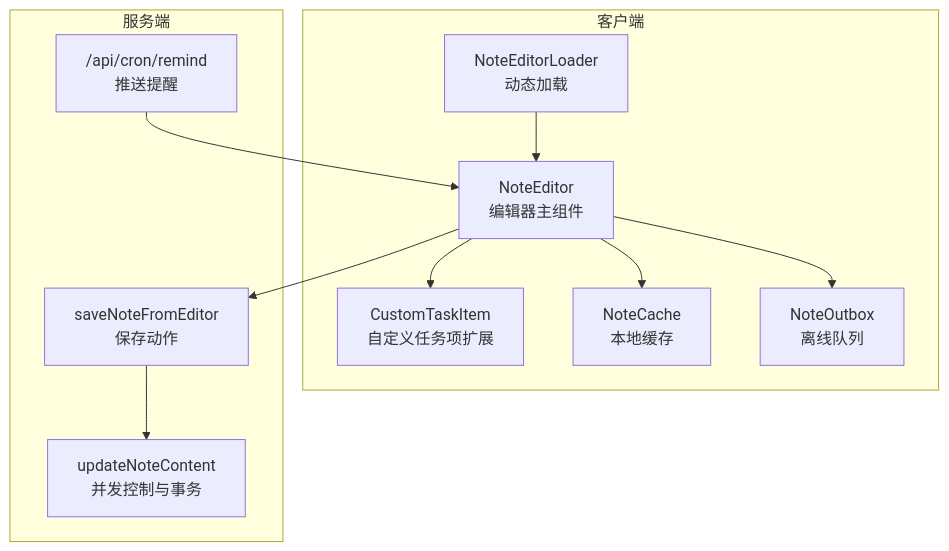
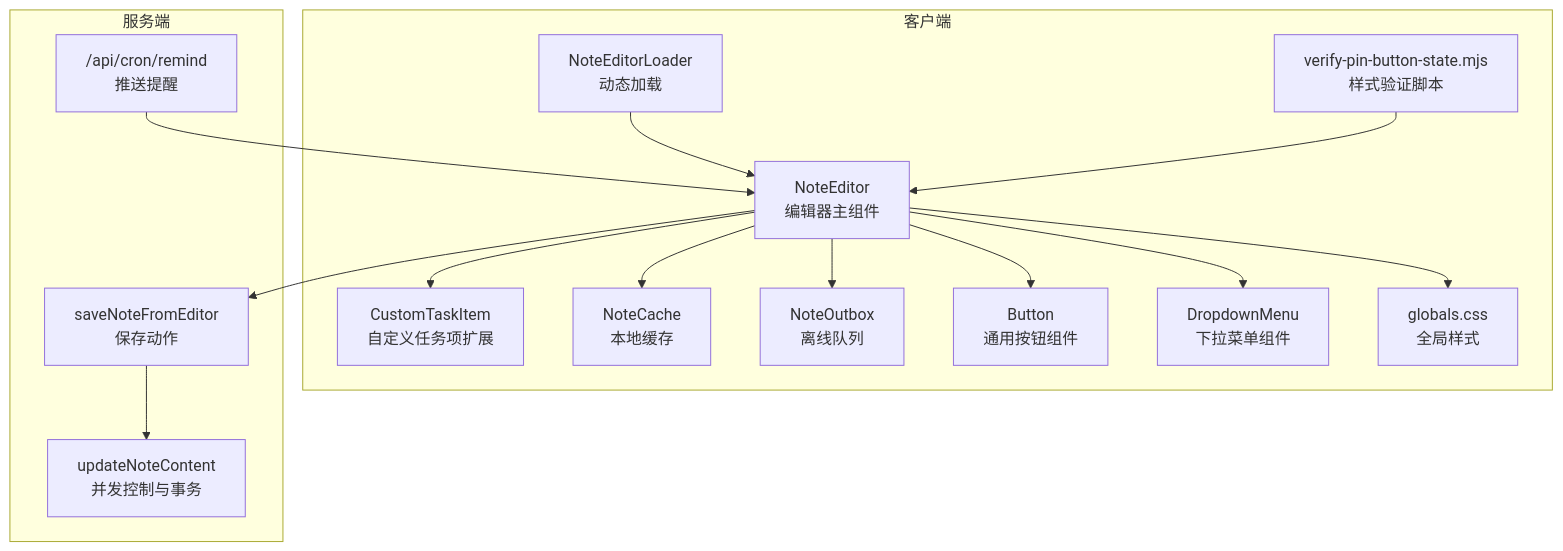
One commit to qiuziGirl/smart-todo changed the first of 6 diagrams in .qoder/repowiki/zh/content/便签管理系统/富文本编辑器.md. Above: the diagram before and after it, drawn with Mermaid. The commit also changed other lines of this file and 8 other files, not shown here.

````diff
--- a/.qoder/repowiki/zh/content/便签管理系统/富文本编辑器.md
+++ b/.qoder/repowiki/zh/content/便签管理系统/富文本编辑器.md
@@ -48,22 +65,30 @@
 ```mermaid
 graph TB
 subgraph "客户端"
 NE["NoteEditor<br/>编辑器主组件"]
 NEL["NoteEditorLoader<br/>动态加载"]
 CTI["CustomTaskItem<br/>自定义任务项扩展"]
 NC["NoteCache<br/>本地缓存"]
 NO["NoteOutbox<br/>离线队列"]
+BTN["Button<br/>通用按钮组件"]
+DM["DropdownMenu<br/>下拉菜单组件"]
+CSS["globals.css<br/>全局样式"]
+VER["verify-pin-button-state.mjs<br/>样式验证脚本"]
 end
 subgraph "服务端"
 ACT["saveNoteFromEditor<br/>保存动作"]
 UPD["updateNoteContent<br/>并发控制与事务"]
 REM["/api/cron/remind<br/>推送提醒"]
 end
 NEL --> NE
 NE --> CTI
 NE --> ACT
 ACT --> UPD
 NE --> NC
 NE --> NO
+NE --> BTN
+NE --> DM
+NE --> CSS
+VER --> NE
 REM --> NE
 ```
````
